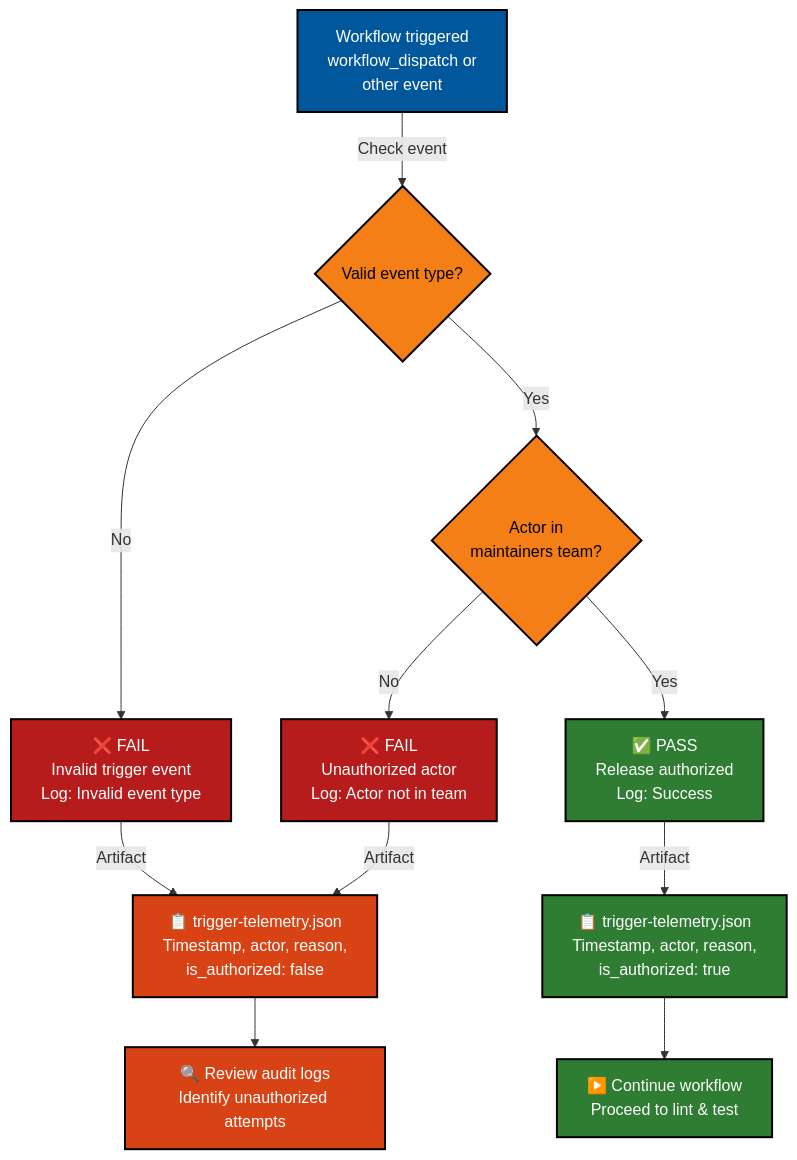
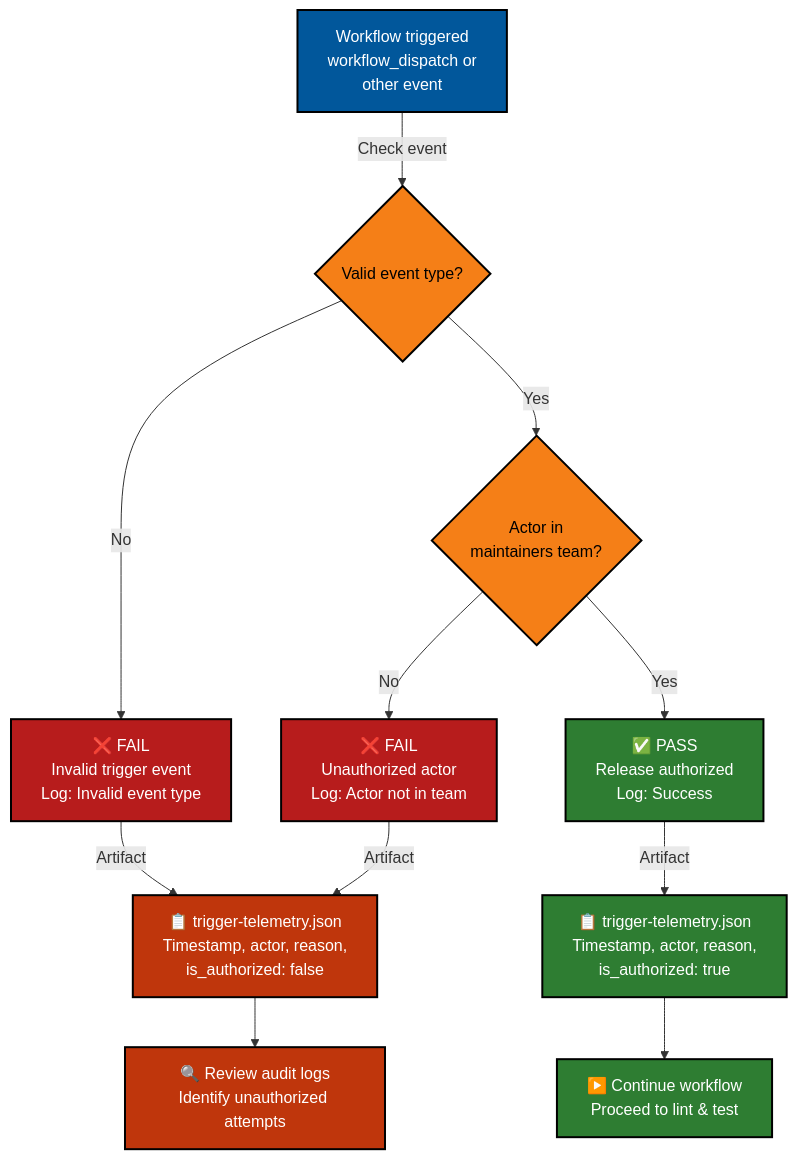
Before and after one commit to lightspeedwp/.github: the second of 4 diagrams in docs/RELEASE_PROCESS.md, drawn with Mermaid. The commit also changed other lines of this file, not shown here.

Commit message:
fix: Correct WCAG AA color contrast in all Mermaid diagrams

````diff
--- a/docs/RELEASE_PROCESS.md
+++ b/docs/RELEASE_PROCESS.md
@@ -103,28 +103,28 @@
 ```mermaid
 flowchart TD
     accTitle: Authorization validation flow
     accDescr: Event type validation, actor team membership check, authorization decision with audit logging
     A["Workflow triggered<br/>workflow_dispatch or<br/>other event"] -->|Check event| B{Valid event type?}
     B -->|No| C["❌ FAIL<br/>Invalid trigger event<br/>Log: Invalid event type"]
     B -->|Yes| D{Actor in<br/>maintainers team?}
     D -->|No| E["❌ FAIL<br/>Unauthorized actor<br/>Log: Actor not in team"]
     D -->|Yes| F["✅ PASS<br/>Release authorized<br/>Log: Success"]
     
     C -->|Artifact| G["📋 trigger-telemetry.json<br/>Timestamp, actor, reason,<br/>is_authorized: false"]
     E -->|Artifact| G
     F -->|Artifact| H["📋 trigger-telemetry.json<br/>Timestamp, actor, reason,<br/>is_authorized: true"]
     
     G --> I["🔍 Review audit logs<br/>Identify unauthorized attempts"]
     H --> J["▶️ Continue workflow<br/>Proceed to lint & test"]
     
     style A fill:#01579b,color:#fff,stroke:#000,stroke-width:2px
     style B fill:#f57f17,color:#000,stroke:#000,stroke-width:2px
     style C fill:#b71c1c,color:#fff,stroke:#000,stroke-width:2px
     style D fill:#f57f17,color:#000,stroke:#000,stroke-width:2px
     style E fill:#b71c1c,color:#fff,stroke:#000,stroke-width:2px
     style F fill:#2e7d32,color:#fff,stroke:#000,stroke-width:2px
-    style G fill:#d84315,color:#fff,stroke:#000,stroke-width:2px
+    style G fill:#bf360c,color:#fff,stroke:#000,stroke-width:2px
     style H fill:#2e7d32,color:#fff,stroke:#000,stroke-width:2px
-    style I fill:#d84315,color:#fff,stroke:#000,stroke-width:2px
+    style I fill:#bf360c,color:#fff,stroke:#000,stroke-width:2px
     style J fill:#2e7d32,color:#fff,stroke:#000,stroke-width:2px
 ```
````
